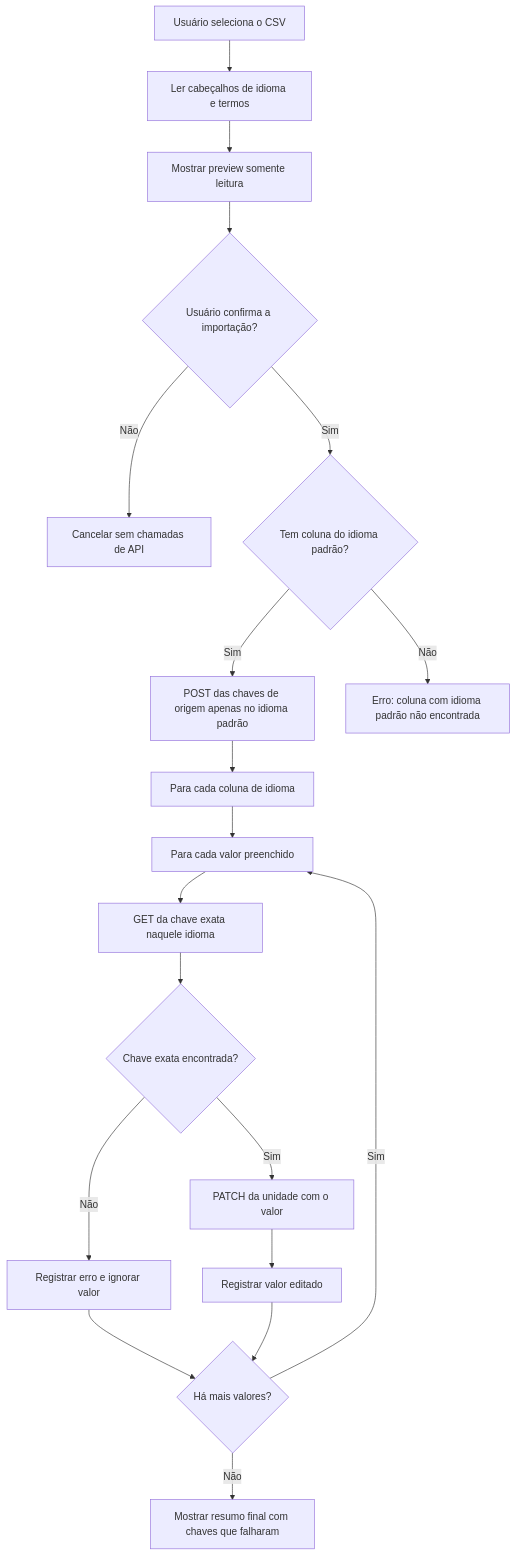
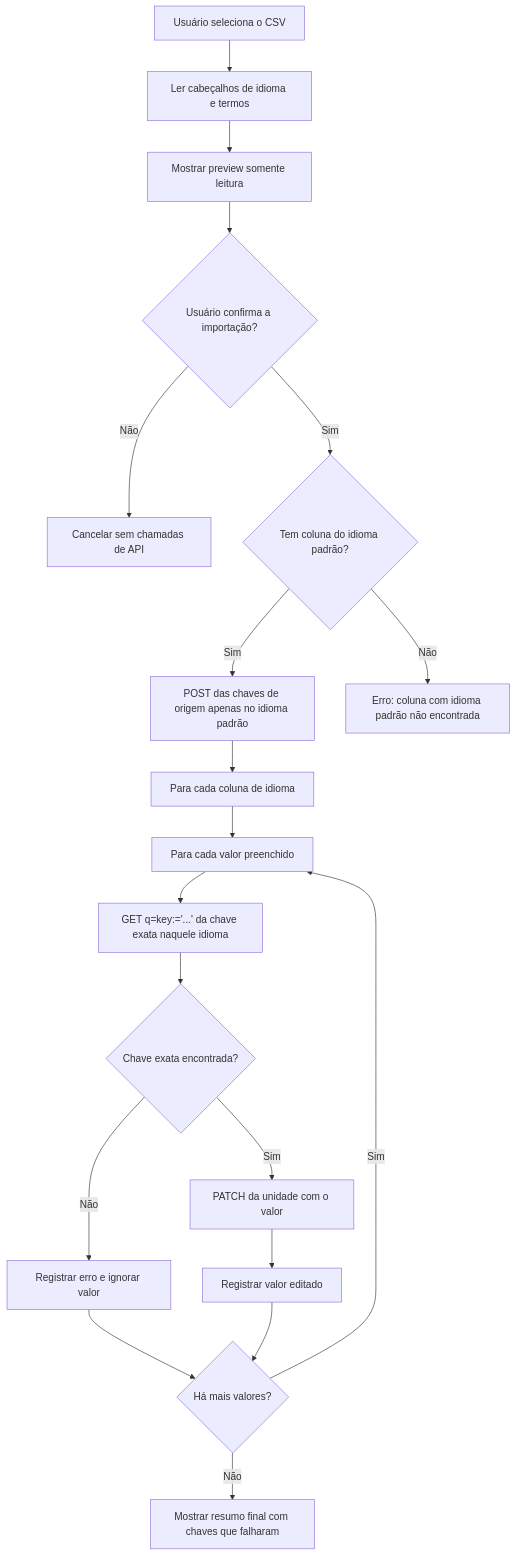
Before and after one commit to aevoti/fastlate: the diagram in README.md, drawn with Mermaid. The commit also changed other lines of this file and 4 other files, not shown here.

````diff
--- a/README.md
+++ b/README.md
@@ -134,21 +134,21 @@
 ```mermaid
 flowchart TD
   A["Usuário seleciona o CSV"] --> B["Ler cabeçalhos de idioma e termos"]
   B --> C["Mostrar preview somente leitura"]
   C --> D{"Usuário confirma a importação?"}
   D -- "Não" --> E["Cancelar sem chamadas de API"]
   D -- "Sim" --> F{"Tem coluna do idioma padrão?"}
   F -- "Sim" --> G["POST das chaves de origem apenas no idioma padrão"]
   F -- "Não" --> H["Erro: coluna com idioma padrão não encontrada"]
   G --> I["Para cada coluna de idioma"]
   I --> J["Para cada valor preenchido"]
-  J --> K["GET da chave exata naquele idioma"]
+  J --> K["GET q=key:='...' da chave exata naquele idioma"]
   K --> L{"Chave exata encontrada?"}
   L -- "Não" --> M["Registrar erro e ignorar valor"]
   L -- "Sim" --> N["PATCH da unidade com o valor"]
   N --> O["Registrar valor editado"]
   M --> P{"Há mais valores?"}
   O --> P
   P -- "Sim" --> J
   P -- "Não" --> Q["Mostrar resumo final com chaves que falharam"]
 ```
````
